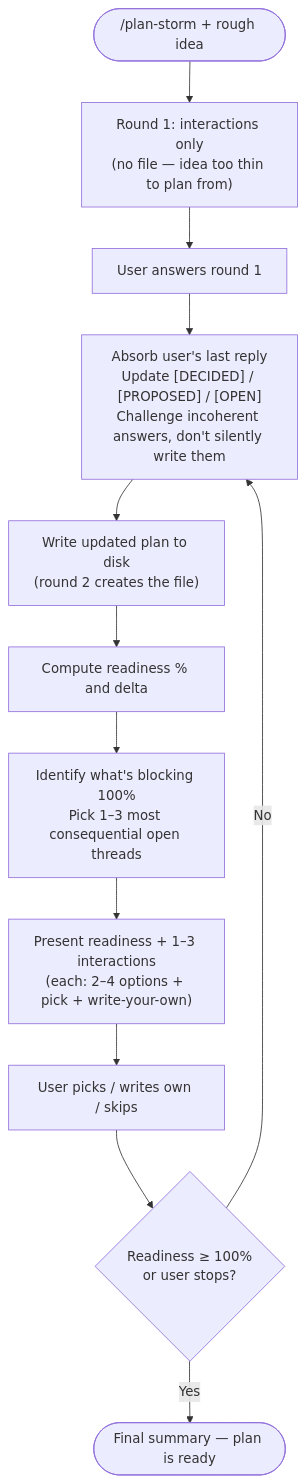
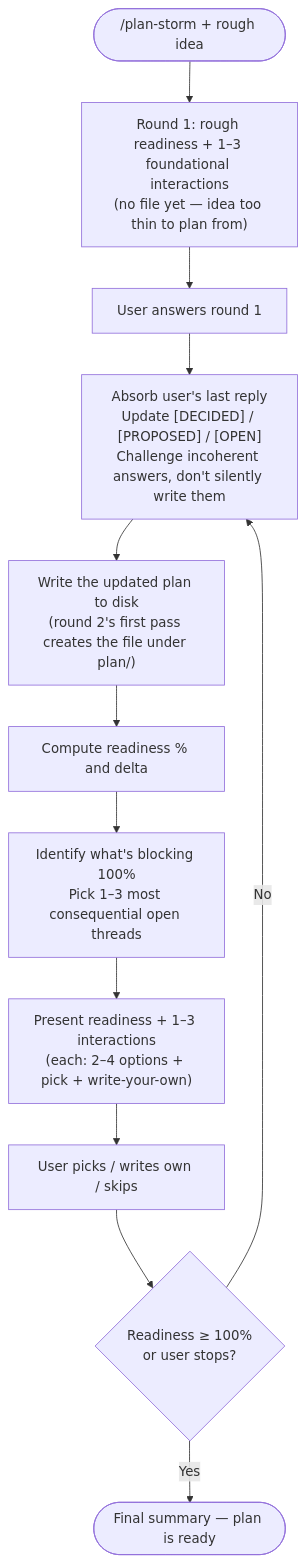
Before and after one commit to realSergiy/totvibe-skills: the diagram in skills/plan-storm/SKILL.md, drawn with Mermaid. The commit also changed other lines of this file and 1 other file, not shown here.

````diff
--- a/skills/plan-storm/SKILL.md
+++ b/skills/plan-storm/SKILL.md
@@ -41,14 +41,14 @@
 ```mermaid
 flowchart TD
-    Invoke(["/plan-storm + rough idea"]) --> R1["Round 1: interactions only<br/>(no file — idea too thin to plan from)"]
+    Invoke(["/plan-storm + rough idea"]) --> R1["Round 1: rough readiness + 1–3 foundational interactions<br/>(no file yet — idea too thin to plan from)"]
     R1 --> First["User answers round 1"]
     First --> Absorb["Absorb user's last reply<br/>Update [DECIDED] / [PROPOSED] / [OPEN]<br/>Challenge incoherent answers, don't silently write them"]
-    Absorb --> Write["Write updated plan to disk<br/>(round 2 creates the file)"]
+    Absorb --> Write["Write the updated plan to disk<br/>(round 2's first pass creates the file under plan/)"]
     Write --> Score["Compute readiness % and delta"]
     Score --> Pick["Identify what's blocking 100%<br/>Pick 1–3 most consequential open threads"]
     Pick --> Present["Present readiness + 1–3 interactions<br/>(each: 2–4 options + pick + write-your-own)"]
     Present --> Reply["User picks / writes own / skips"]
     Reply --> Stop{"Readiness ≥ 100%<br/>or user stops?"}
     Stop -->|No| Absorb
     Stop -->|Yes| Summary(["Final summary — plan is ready"])
 ```
````
